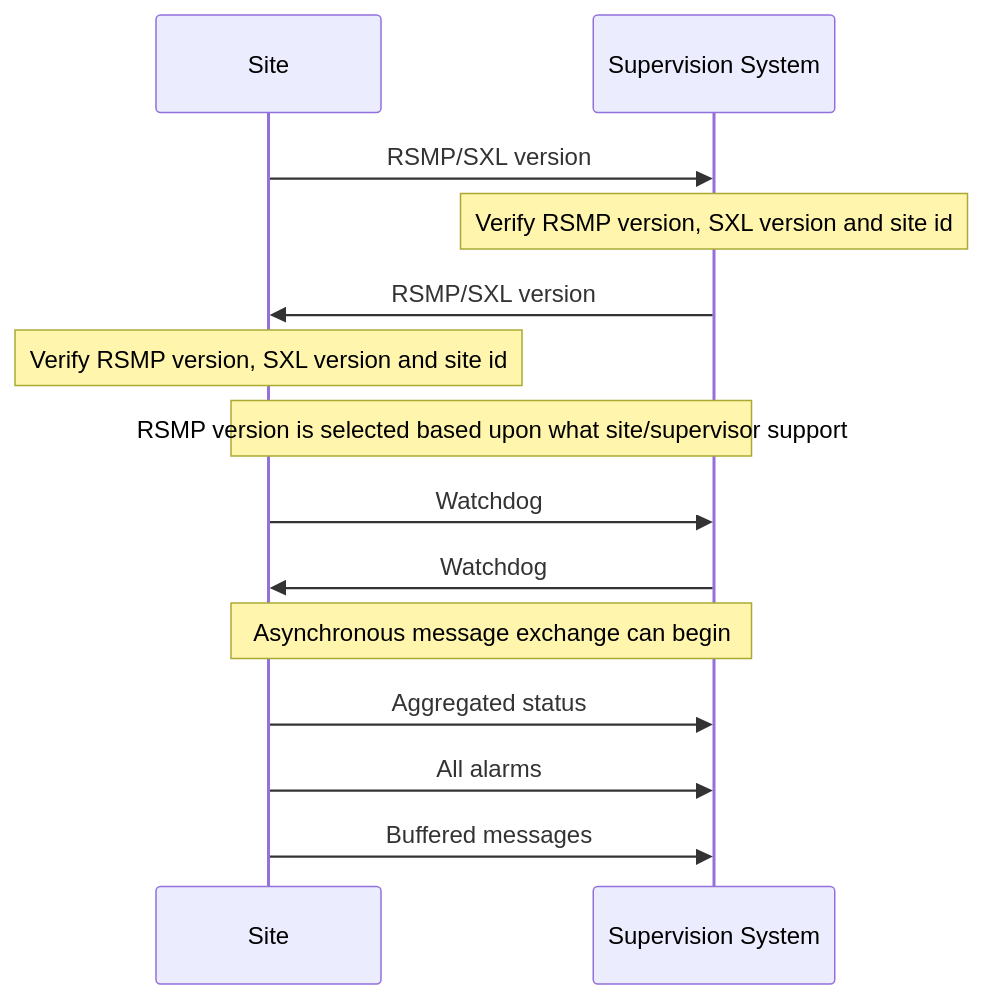
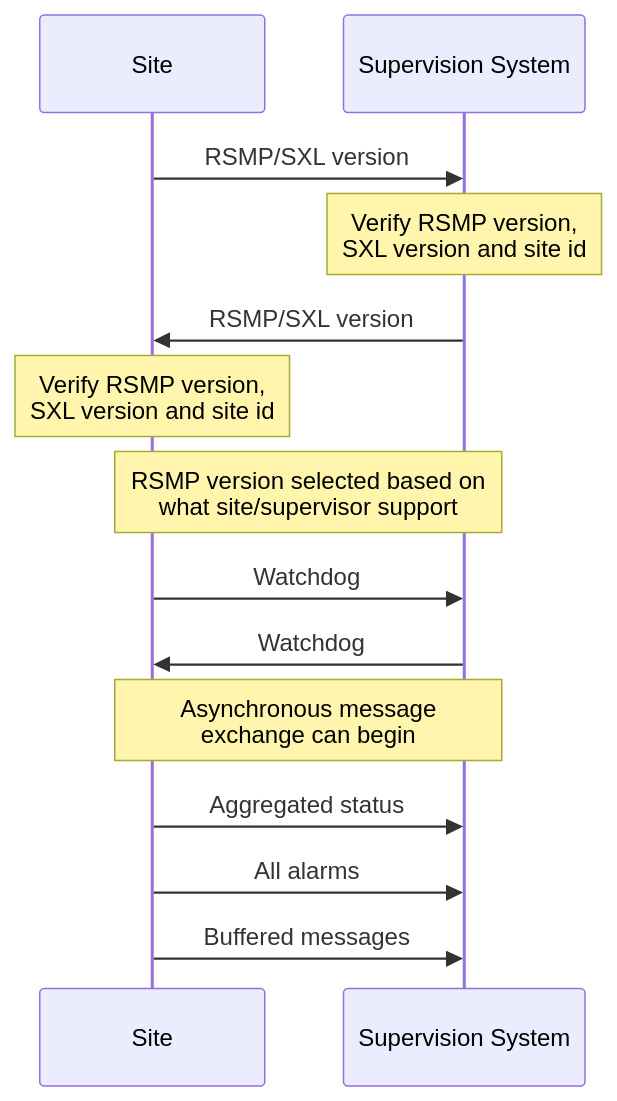
The first of 3 diagrams in pages/applicability/transport_of_data.md (rsmp-nordic/rsmp_core), drawn with Mermaid before and after one commit. The commit also changed other lines of this file and 5 other files, not shown here.

````diff
--- a/pages/applicability/transport_of_data.md
+++ b/pages/applicability/transport_of_data.md
@@ -101,16 +101,16 @@
 ```mermaid
 sequenceDiagram
     participant A as Site
     participant B as Supervision System
     A->>B: RSMP/SXL version
-    Note over B: Verify RSMP version, SXL version and site id
+    Note over B: Verify RSMP version,<br/>SXL version and site id
     B->>A: RSMP/SXL version
-    Note over A: Verify RSMP version, SXL version and site id
-    Note over A,B: RSMP version is selected based upon what site/supervisor support
+    Note over A: Verify RSMP version,<br/>SXL version and site id
+    Note over A,B: RSMP version selected based on<br/>what site/supervisor support
     A->>B: Watchdog
     B->>A: Watchdog
-    Note over A,B: Asynchronous message exchange can begin
+    Note over A,B: Asynchronous message<br/>exchange can begin
     A->>B: Aggregated status
     A->>B: All alarms
     A->>B: Buffered messages
 ```
````
